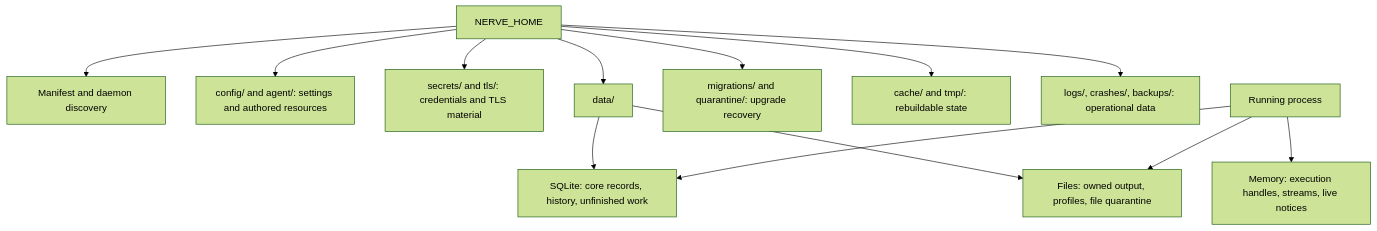
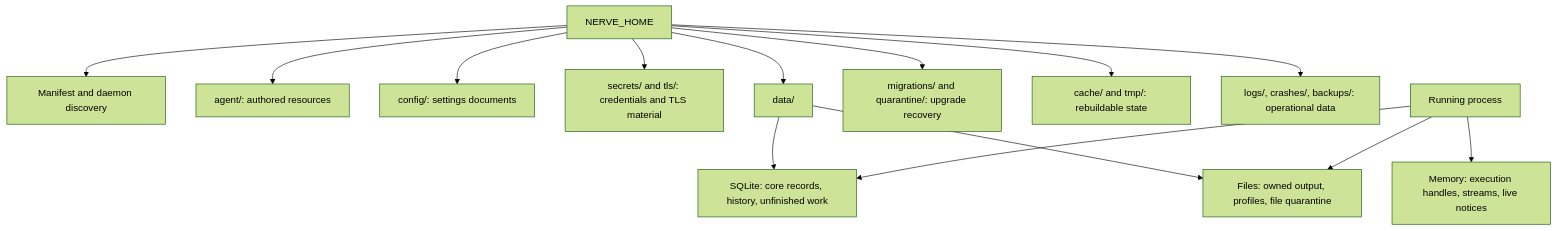
One commit to ThilinaTLM/nerve changed the diagram in docs/architecture/storage.md. Above: the diagram before and after it, drawn with Mermaid (forest theme). The commit also changed other lines of this file and 5 other files, not shown here.

Commit message:
docs: trust and consent architecture, home layout standard

````diff
--- a/docs/architecture/storage.md
+++ b/docs/architecture/storage.md
@@ -5,15 +5,16 @@
 ```mermaid
 flowchart TD
   home[NERVE_HOME] --> identity[Manifest and daemon discovery]
-  home --> config[config/ and agent/: settings and authored resources]
+  home --> agent[agent/: authored resources]
+  home --> config[config/: settings documents]
   home --> secrets[secrets/ and tls/: credentials and TLS material]
   home --> data[data/]
   data --> db[SQLite: core records, history, unfinished work]
   data --> files[Files: owned output, profiles, file quarantine]
   home --> recovery[migrations/ and quarantine/: upgrade recovery]
   home --> disposable[cache/ and tmp/: rebuildable state]
   home --> operations[logs/, crashes/, backups/: operational data]
   runtime[Running process] --> memory[Memory: execution handles, streams, live notices]
   runtime --> db
   runtime --> files
 ```
````
